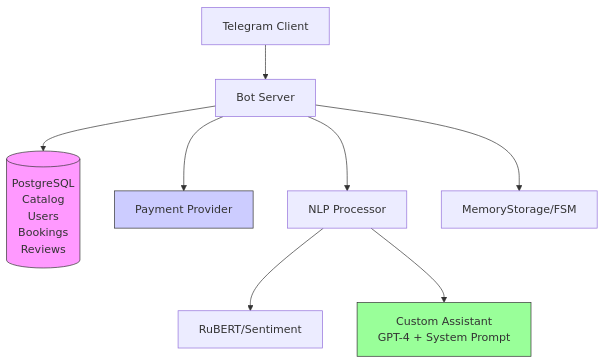
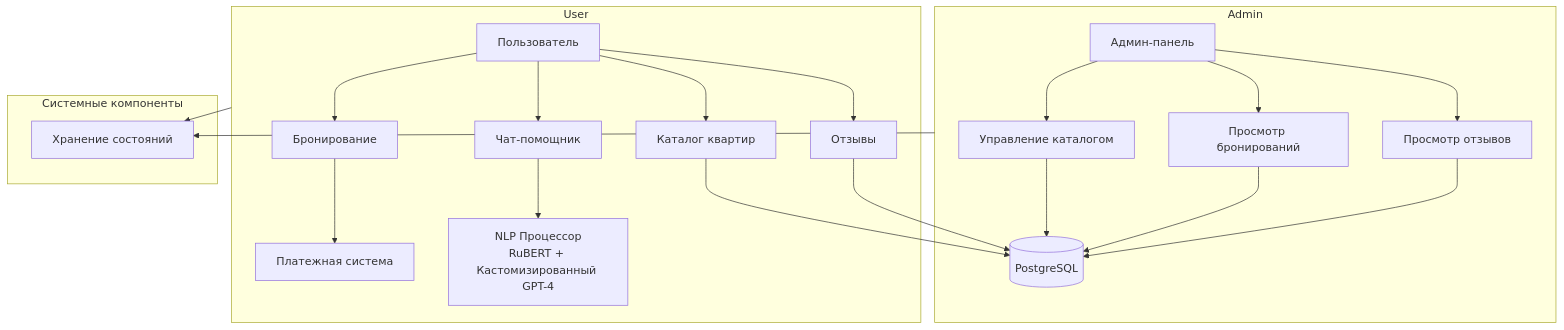
The diagram in README.md (fetgrigory/RentalsApartment_bot), drawn with Mermaid before and after one commit.

````diff
--- a/README.md
+++ b/README.md
@@ -108,20 +108,33 @@
 ```mermaid
 graph TD
-    A[Telegram Client] --> B[Bot Server]
-    B --> C[(PostgreSQL
-        Catalog
-        Users
-        Bookings
-        Reviews)]
-    
-    B --> D[Payment Provider]
-    B --> E[NLP Processor]
-    E --> F[RuBERT/Sentiment]
-    E --> G[Custom Assistant\nGPT-4 + System Prompt]
-    
-    B --> H[MemoryStorage/FSM]
+    subgraph Admin
+        A[Админ-панель] --> B[Управление каталогом]
+        A --> C[Просмотр бронирований]
+        A --> D[Просмотр отзывов]
+        B --> PostgreSQL
+        C --> PostgreSQL
+        D --> PostgreSQL
+    end
 
-    style C fill:#f9f,stroke:#333
-    style D fill:#ccf,stroke:#333
-    style G fill:#9f9,stroke:#333
+    subgraph User
+        U[Пользователь] --> E[Каталог квартир]
+        U --> F[Бронирование]
+        U --> G[Отзывы]
+        U --> H[Чат-помощник]
+        E --> PostgreSQL
+        F --> Payment
+        G --> PostgreSQL
+        H --> NLP_Processor
+    end
+
+    subgraph Системные компоненты
+        PostgreSQL[(PostgreSQL)]
+        Payment[Платежная система]
+        NLP_Processor[NLP Процессор\nRuBERT + Кастомизированный GPT-4]
+        MemoryStorage[Хранение состояний]
+    end
+
+    Admin --> MemoryStorage
+    User --> MemoryStorage
+
 ```
````
